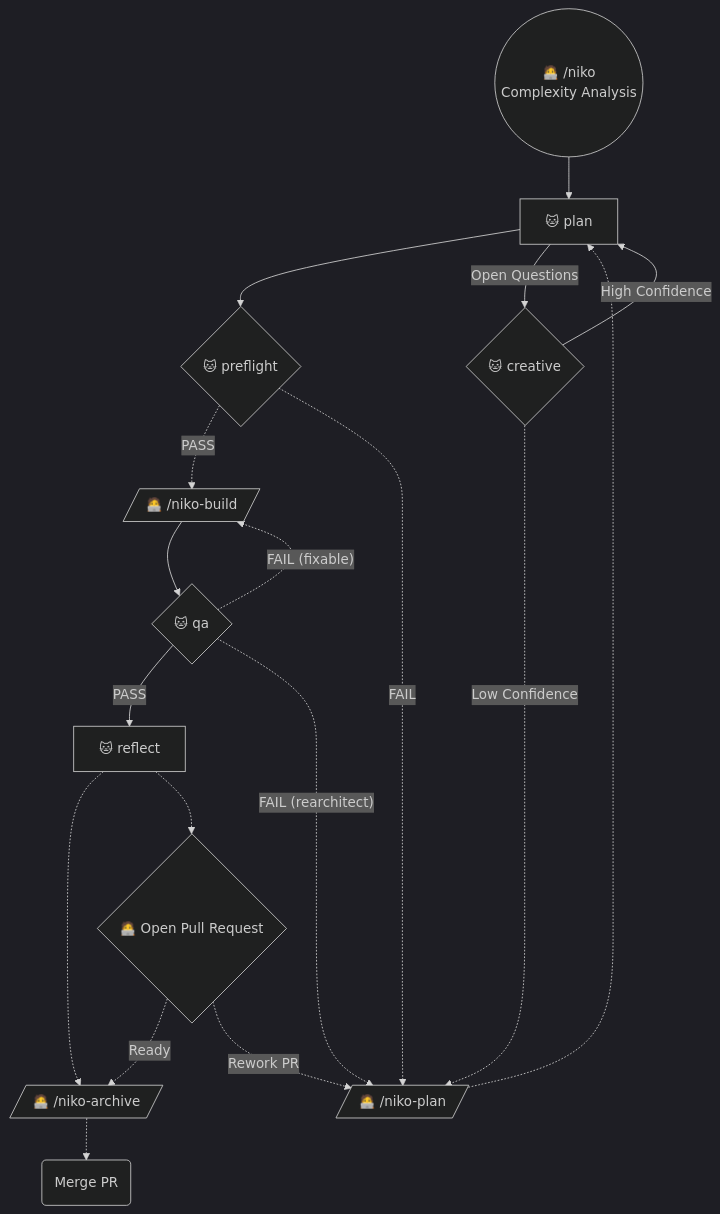
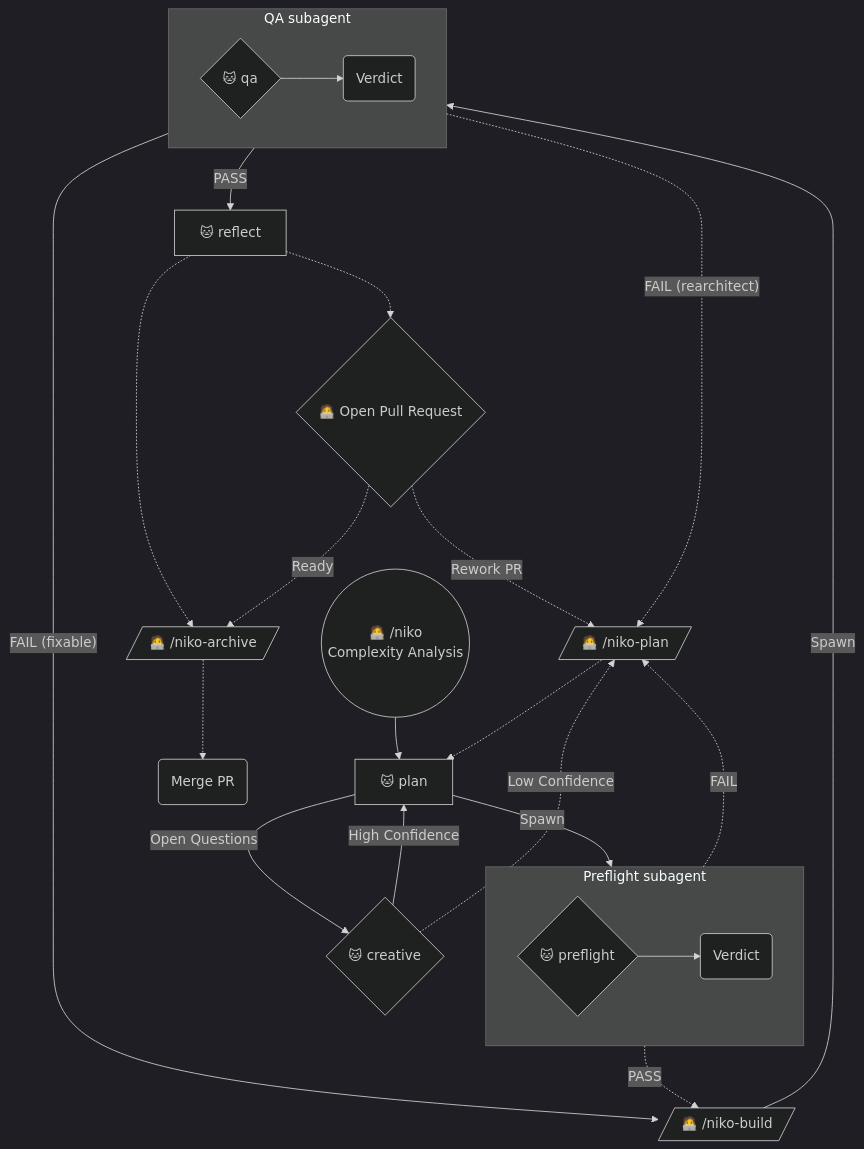
The fifth of 6 diagrams in rulesets/niko/README.md (Texarkanine/.cursor-rules), drawn with Mermaid (dark theme) before and after one commit. The commit also changed other lines of this file and 27 other files, not shown here.

Commit message:
feat(niko): spawn verification subagents for preflight and QA (#108)

````diff
--- a/rulesets/niko/README.md
+++ b/rulesets/niko/README.md
@@ -208,28 +231,36 @@
 ```mermaid
 graph TD
 	Start(("🧑‍💻 /niko<br>Complexity Analysis")) --> NikoPlan["🐱 plan"]
-	NikoPlan --> NikoPreflight{"🐱 preflight"}
-	NikoPreflight -.->|"PASS"| ManualBuild[/"🧑‍💻 /niko-build"/]
-	NikoPreflight -.->|"FAIL"| ManualPlan[/"🧑‍💻 /niko-plan"/]
+	NikoPlan --Spawn--> NikoPreflight
+	subgraph PreflightSubagent["Preflight subagent"]
+		direction LR
+		NikoPreflight{"🐱 preflight"} --> PreflightVerdict("Verdict")
+	end
+	PreflightVerdict -.->|"PASS"| ManualBuild[/"🧑‍💻 /niko-build"/]
+	PreflightVerdict -.->|"FAIL"| ManualPlan[/"🧑‍💻 /niko-plan"/]
 
 	NikoPlan -->|"Open Questions"| NikoCreative{"🐱 creative"}
 	NikoCreative -->|"High Confidence"| NikoPlan
 	NikoCreative -.->|"Low Confidence"| ManualPlan[/"🧑‍💻 /niko-plan"/]
 
-	ManualBuild --> NikoQA{"🐱 qa"}
-	NikoQA -->|"PASS"| NikoReflect["🐱 reflect"]
+	ManualBuild --Spawn--> NikoQA
+	subgraph QASubagent["QA subagent"]
+		direction LR
+		NikoQA{"🐱 qa"} --> QAVerdict("Verdict")
+	end
+	QAVerdict -->|"PASS"| NikoReflect["🐱 reflect"]
 	NikoReflect -.-> ManualArchive[/"🧑‍💻 /niko-archive"/]
-	NikoQA -.->|"FAIL (fixable)"| ManualBuild
-	NikoQA -.->|"FAIL (rearchitect)"| ManualPlan
+	QAVerdict -->|"FAIL (fixable)"| ManualBuild
+	QAVerdict -.->|"FAIL (rearchitect)"| ManualPlan
 
 	ManualPlan -.-> NikoPlan
 
 	PR{"🧑‍💻 Open Pull Request"}
 
 	NikoReflect -.-> PR
 
 	PR -."Ready".-> ManualArchive
 	PR -."Rework PR".-> ManualPlan
 
 	ManualArchive -.-> MergePR("Merge PR")
 ```
````
